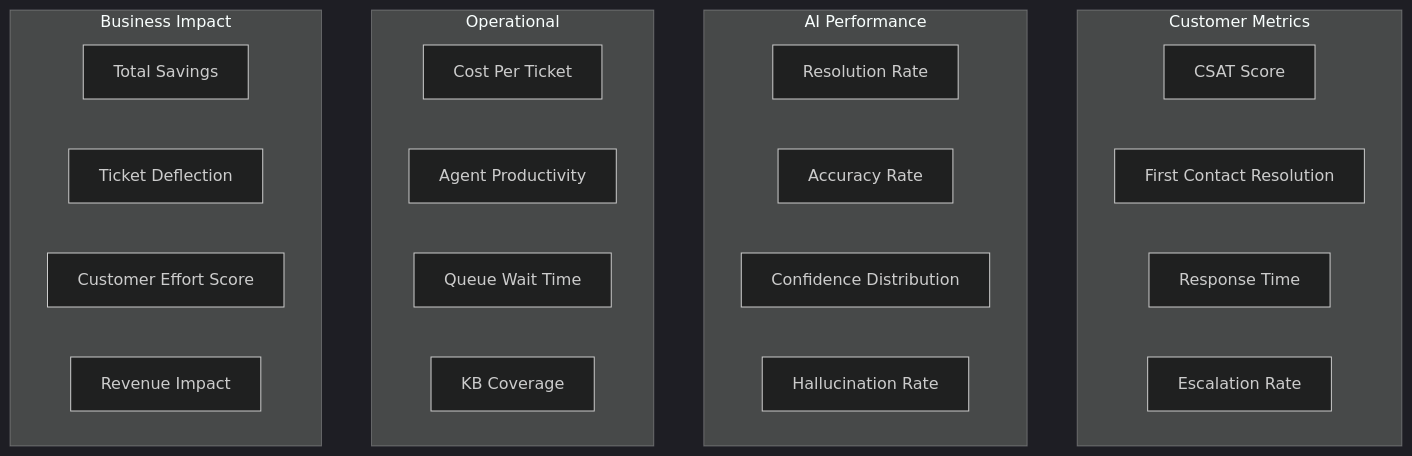
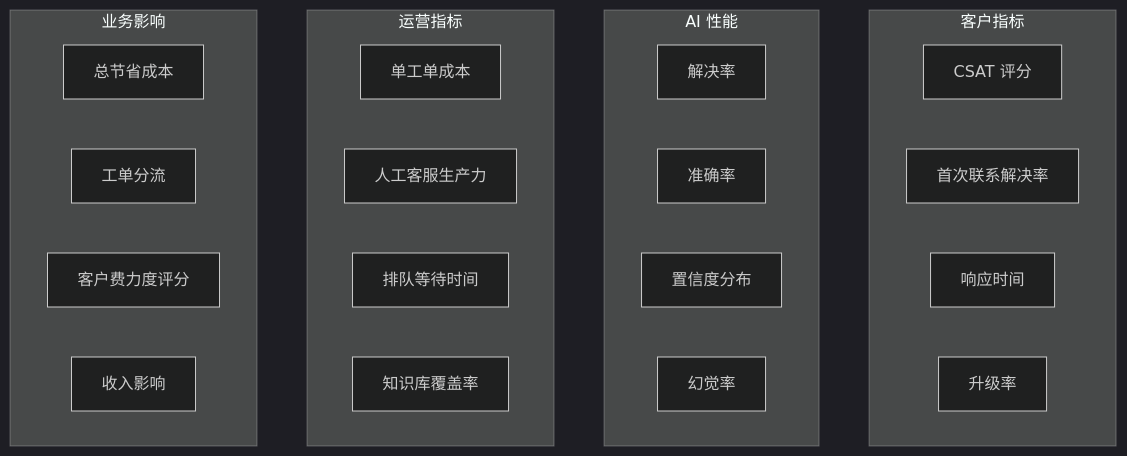
One commit to stars-labs/ai-driven-customer-service changed the first of 3 diagrams in i18n/zh/docusaurus-plugin-content-docs/current/12-monitoring-eval.md. Above: the diagram before and after it, drawn with Mermaid (dark theme). The commit also changed other lines of this file and 15 other files, not shown here.

````diff
--- a/i18n/zh/docusaurus-plugin-content-docs/current/12-monitoring-eval.md
+++ b/i18n/zh/docusaurus-plugin-content-docs/current/12-monitoring-eval.md
@@ -12,30 +12,30 @@
 ```mermaid
 flowchart TB
-    subgraph Customer["Customer Metrics"]
-        C1[CSAT Score]
-        C2[First Contact Resolution]
-        C3[Response Time]
-        C4[Escalation Rate]
+    subgraph Customer["客户指标"]
+        C1[CSAT 评分]
+        C2[首次联系解决率]
+        C3[响应时间]
+        C4[升级率]
     end
 
-    subgraph AI["AI Performance"]
-        A1[Resolution Rate]
-        A2[Accuracy Rate]
-        A3[Confidence Distribution]
-        A4[Hallucination Rate]
+    subgraph AI["AI 性能"]
+        A1[解决率]
+        A2[准确率]
+        A3[置信度分布]
+        A4[幻觉率]
     end
 
-    subgraph Operational["Operational"]
-        O1[Cost Per Ticket]
-        O2[Agent Productivity]
-        O3[Queue Wait Time]
-        O4[KB Coverage]
+    subgraph Operational["运营指标"]
+        O1[单工单成本]
+        O2[人工客服生产力]
+        O3[排队等待时间]
+        O4[知识库覆盖率]
     end
 
-    subgraph Business["Business Impact"]
-        B1[Total Savings]
-        B2[Ticket Deflection]
-        B3[Customer Effort Score]
-        B4[Revenue Impact]
+    subgraph Business["业务影响"]
+        B1[总节省成本]
+        B2[工单分流]
+        B3[客户费力度评分]
+        B4[收入影响]
     end
 ```
````
